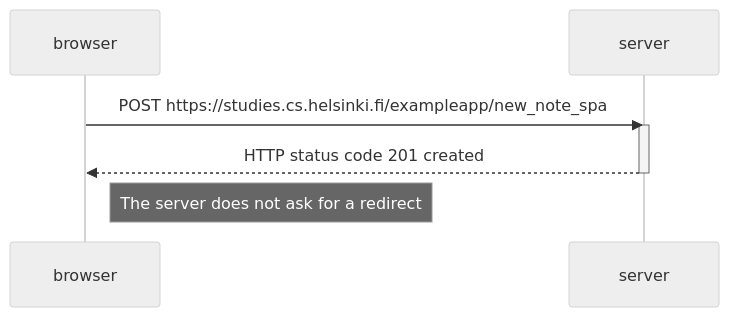
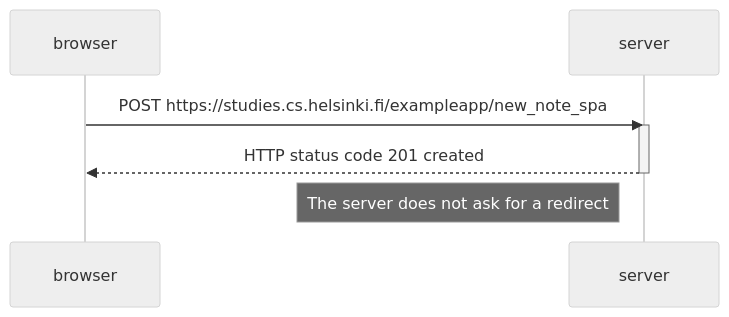
Before and after one commit to Nam-Nguyen-Dev/FSO: the diagram in part0/New note in spa diagram.md, drawn with Mermaid (neutral theme).

Commit message:
shifting text to server side

````diff
--- a/part0/New note in spa diagram.md
+++ b/part0/New note in spa diagram.md
@@ -1,12 +1,12 @@
 ```mermaid
     sequenceDiagram
         participant browser
         participant server
 
         browser->>server: POST https://studies.cs.helsinki.fi/exampleapp/new_note_spa
         activate server
         server-->>browser: HTTP status code 201 created
         deactivate server
 
-        Note right of browser: The server does not ask for a redirect
+        Note left of server: The server does not ask for a redirect
 ```
````
